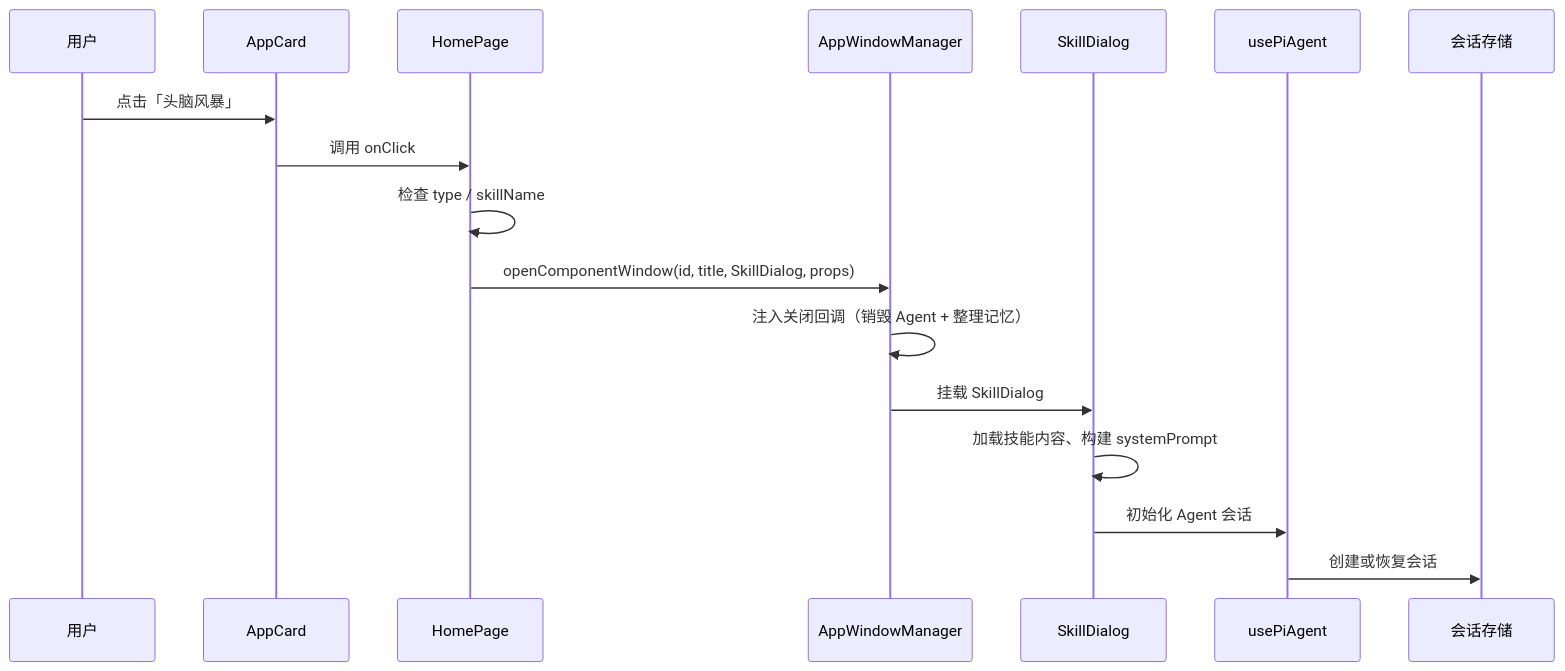
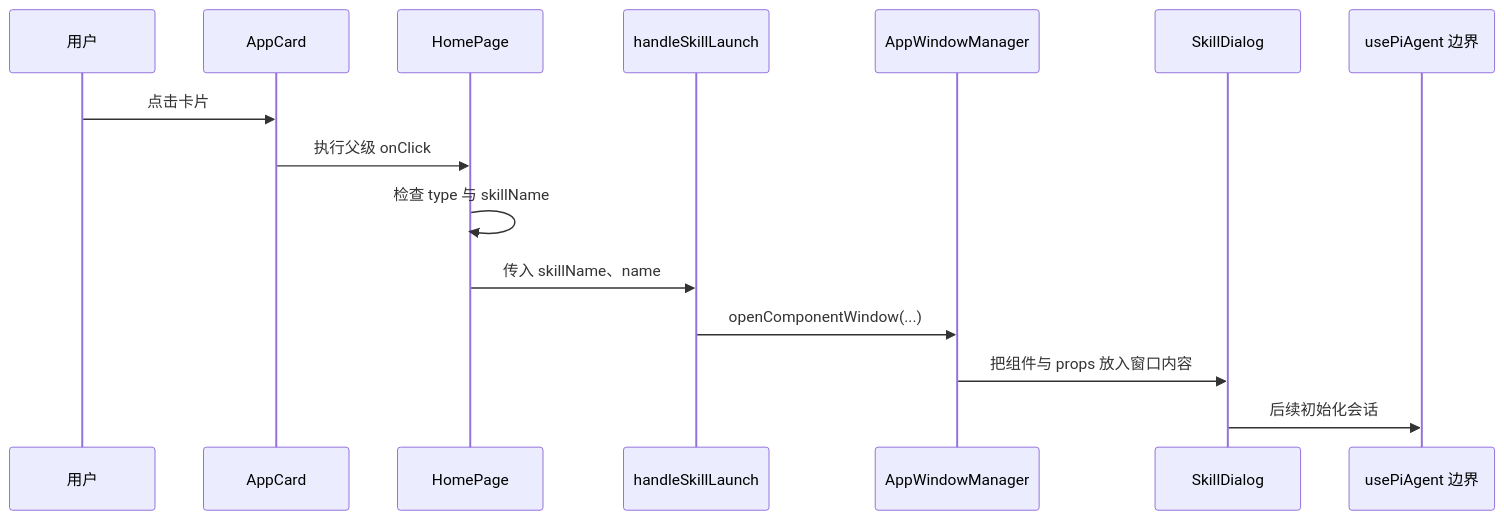
Before and after one commit to LavaCourage07/startupOS: the first of 2 diagrams in learning-note/full-project-course-v2/textbook/part-a-system-foundation/A02-from-user-action-to-system-roles.md, drawn with Mermaid. The commit also changed other lines of this file and 560 other files, not shown here.

````diff
--- a/learning-note/full-project-course-v2/textbook/part-a-system-foundation/A02-from-user-action-to-system-roles.md
+++ b/learning-note/full-project-course-v2/textbook/part-a-system-foundation/A02-from-user-action-to-system-roles.md
@@ -11,20 +17,18 @@
 ```mermaid
 sequenceDiagram
     participant U as 用户
     participant C as AppCard
-    participant H as HomePage
+    participant P as HomePage
+    participant H as handleSkillLaunch
     participant W as AppWindowManager
     participant D as SkillDialog
-    participant P as usePiAgent
-    participant S as 会话存储
+    participant R as usePiAgent 边界
 
-    U->>C: 点击「头脑风暴」
-    C->>H: 调用 onClick
-    H->>H: 检查 type / skillName
-    H->>W: openComponentWindow(id, title, SkillDialog, props)
-    W->>W: 注入关闭回调（销毁 Agent + 整理记忆）
-    W->>D: 挂载 SkillDialog
-    D->>D: 加载技能内容、构建 systemPrompt
-    D->>P: 初始化 Agent 会话
-    P->>S: 创建或恢复会话
+    U->>C: 点击卡片
+    C->>P: 执行父级 onClick
+    P->>P: 检查 type 与 skillName
+    P->>H: 传入 skillName、name
+    H->>W: openComponentWindow(...)
+    W->>D: 把组件与 props 放入窗口内容
+    D->>R: 后续初始化会话
 ```
````
